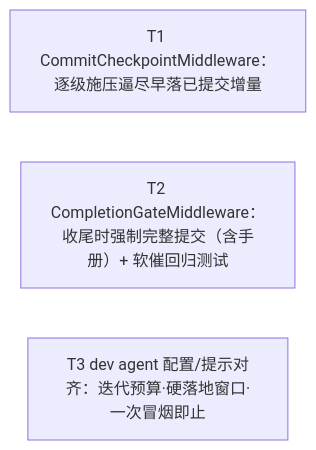
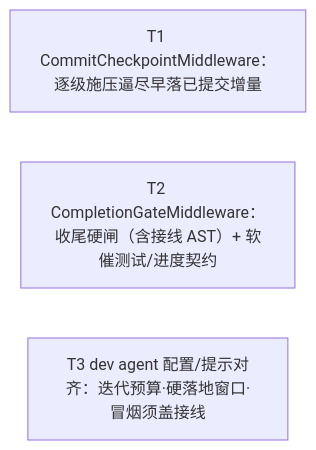
Before and after one commit to Curry09/AHE-Beta: diagram 28 of 39 in docs/specs/OVERVIEW.md, drawn with Mermaid. The commit also changed other lines of this file and 5 other files, not shown here.

````diff
--- a/docs/specs/OVERVIEW.md
+++ b/docs/specs/OVERVIEW.md
@@ -710,6 +713,6 @@
 ```mermaid
 graph LR
     nT1["T1 CommitCheckpointMiddleware：逐级施压逼尽早落已提交增量"]
-    nT2["T2 CompletionGateMiddleware：收尾时强制完整提交（含手册）+ 软催回归测试"]
-    nT3["T3 dev agent 配置/提示对齐：迭代预算·硬落地窗口·一次冒烟即止"]
+    nT2["T2 CompletionGateMiddleware：收尾硬闸（含接线 AST）+ 软催测试/进度契约"]
+    nT3["T3 dev agent 配置/提示对齐：迭代预算·硬落地窗口·冒烟须盖接线"]
 ```
````
